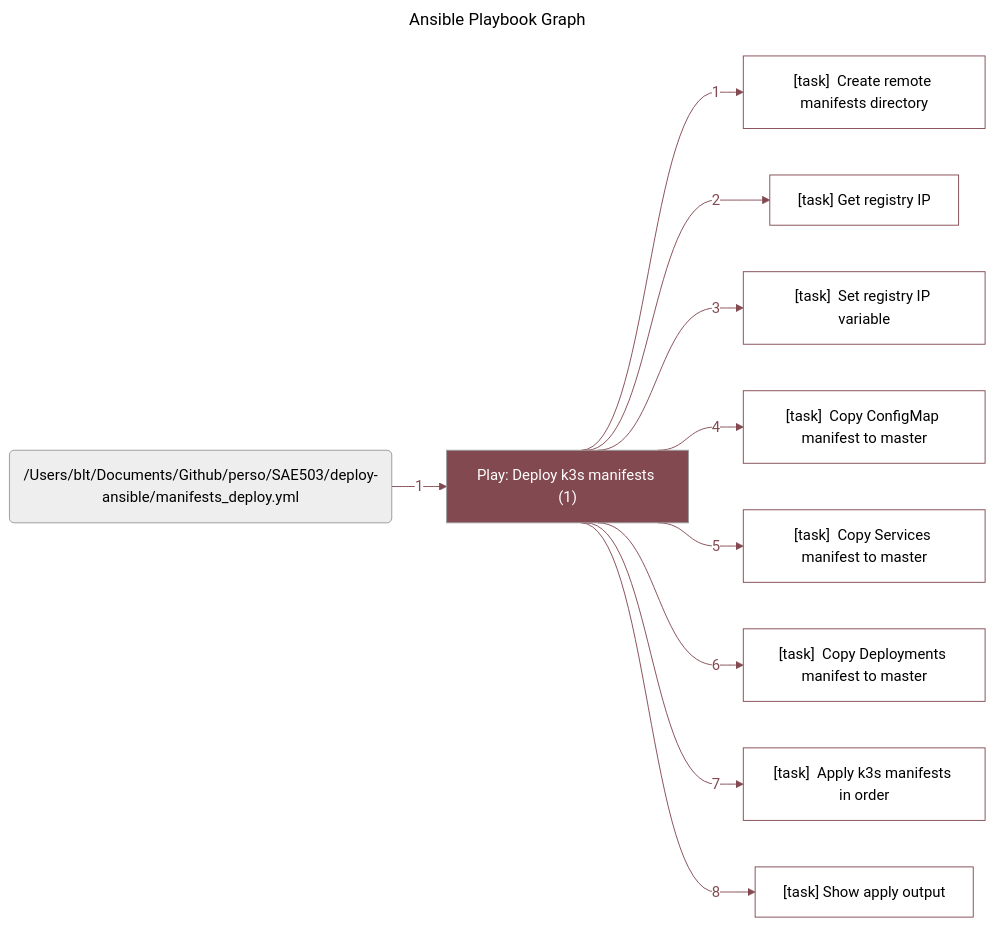
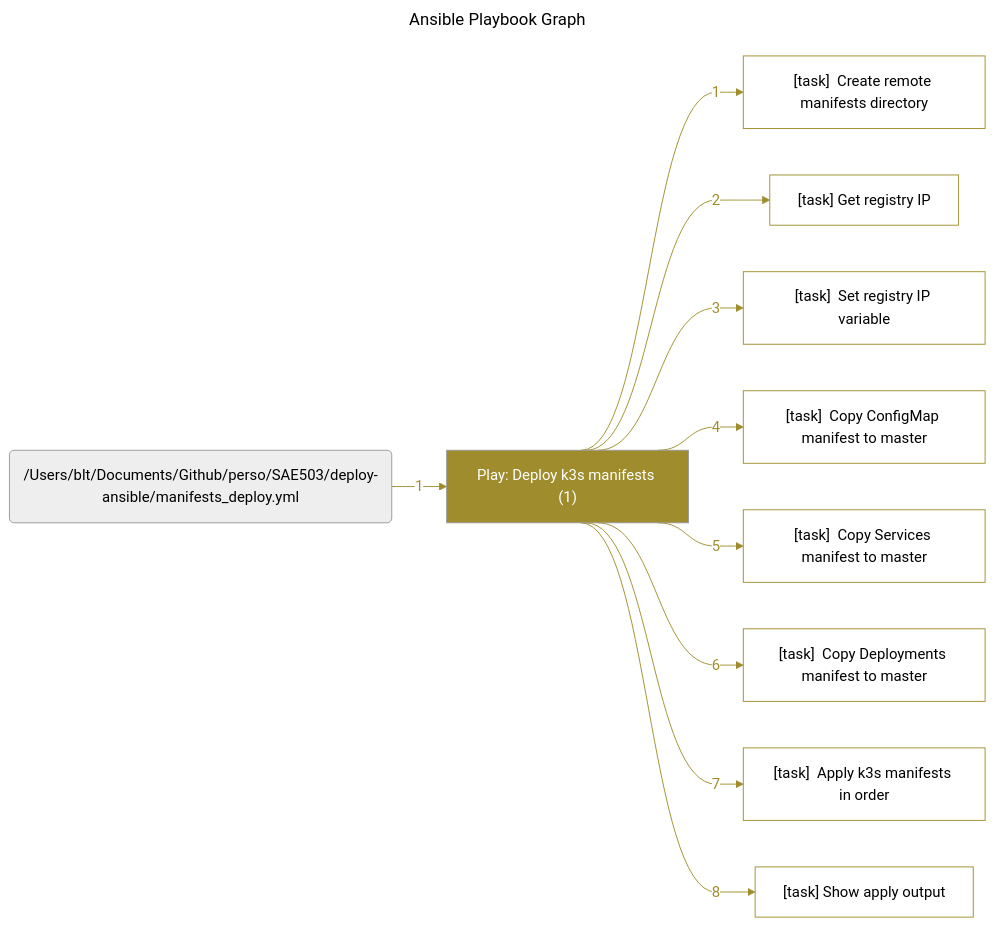
The diagram in graphs/manifests_deploy.md (basilelt/SAE503), drawn with Mermaid (neutral theme) before and after one commit. The commit also changed 6 other files, not shown here.

Commit message:
Refactor graph generation scripts to remove hardcoded paths and update playbook titles in markdown files

````diff
--- a/graphs/manifests_deploy.md
+++ b/graphs/manifests_deploy.md
@@ -1,49 +1,49 @@
 ```mermaid
 ---
 title: Ansible Playbook Graph
 ---
 %%{ init: { "flowchart": { "curve": "bumpX" } } }%%
 flowchart LR
 	%% Start of the playbook '/Users/blt/Documents/Github/perso/SAE503/deploy-ansible/manifests_deploy.yml'
-	playbook_350624af("/Users/blt/Documents/Github/perso/SAE503/deploy-ansible/manifests_deploy.yml")
+	playbook_e42e6076("/Users/blt/Documents/Github/perso/SAE503/deploy-ansible/manifests_deploy.yml")
 		%% Start of the play 'Play: Deploy k3s manifests (1)'
-		play_eb09909e["Play: Deploy k3s manifests (1)"]
-		style play_eb09909e fill:#834951,color:#ffffff
-		playbook_350624af --> |"1"| play_eb09909e
-		linkStyle 0 stroke:#834951,color:#834951
-			task_6a75d38c["[task]  Create remote manifests directory"]
-			style task_6a75d38c stroke:#834951,fill:#ffffff
-			play_eb09909e --> |"1"| task_6a75d38c
-			linkStyle 1 stroke:#834951,color:#834951
-			task_c435a81a["[task]  Get registry IP"]
-			style task_c435a81a stroke:#834951,fill:#ffffff
-			play_eb09909e --> |"2"| task_c435a81a
-			linkStyle 2 stroke:#834951,color:#834951
-			task_e89f409a["[task]  Set registry IP variable"]
-			style task_e89f409a stroke:#834951,fill:#ffffff
-			play_eb09909e --> |"3"| task_e89f409a
-			linkStyle 3 stroke:#834951,color:#834951
-			task_db7f1e21["[task]  Copy ConfigMap manifest to master"]
-			style task_db7f1e21 stroke:#834951,fill:#ffffff
-			play_eb09909e --> |"4"| task_db7f1e21
-			linkStyle 4 stroke:#834951,color:#834951
-			task_e84a9169["[task]  Copy Services manifest to master"]
-			style task_e84a9169 stroke:#834951,fill:#ffffff
-			play_eb09909e --> |"5"| task_e84a9169
-			linkStyle 5 stroke:#834951,color:#834951
-			task_22c02942["[task]  Copy Deployments manifest to master"]
-			style task_22c02942 stroke:#834951,fill:#ffffff
-			play_eb09909e --> |"6"| task_22c02942
-			linkStyle 6 stroke:#834951,color:#834951
-			task_10496376["[task]  Apply k3s manifests in order"]
-			style task_10496376 stroke:#834951,fill:#ffffff
-			play_eb09909e --> |"7"| task_10496376
-			linkStyle 7 stroke:#834951,color:#834951
-			task_7e9a9fa3["[task]  Show apply output"]
-			style task_7e9a9fa3 stroke:#834951,fill:#ffffff
-			play_eb09909e --> |"8"| task_7e9a9fa3
-			linkStyle 8 stroke:#834951,color:#834951
+		play_ac63fe5f["Play: Deploy k3s manifests (1)"]
+		style play_ac63fe5f fill:#9f8d2d,color:#ffffff
+		playbook_e42e6076 --> |"1"| play_ac63fe5f
+		linkStyle 0 stroke:#9f8d2d,color:#9f8d2d
+			task_d768a45f["[task]  Create remote manifests directory"]
+			style task_d768a45f stroke:#9f8d2d,fill:#ffffff
+			play_ac63fe5f --> |"1"| task_d768a45f
+			linkStyle 1 stroke:#9f8d2d,color:#9f8d2d
+			task_993b9c5a["[task]  Get registry IP"]
+			style task_993b9c5a stroke:#9f8d2d,fill:#ffffff
+			play_ac63fe5f --> |"2"| task_993b9c5a
+			linkStyle 2 stroke:#9f8d2d,color:#9f8d2d
+			task_930b3fbc["[task]  Set registry IP variable"]
+			style task_930b3fbc stroke:#9f8d2d,fill:#ffffff
+			play_ac63fe5f --> |"3"| task_930b3fbc
+			linkStyle 3 stroke:#9f8d2d,color:#9f8d2d
+			task_27571e9e["[task]  Copy ConfigMap manifest to master"]
+			style task_27571e9e stroke:#9f8d2d,fill:#ffffff
+			play_ac63fe5f --> |"4"| task_27571e9e
+			linkStyle 4 stroke:#9f8d2d,color:#9f8d2d
+			task_70d4366f["[task]  Copy Services manifest to master"]
+			style task_70d4366f stroke:#9f8d2d,fill:#ffffff
+			play_ac63fe5f --> |"5"| task_70d4366f
+			linkStyle 5 stroke:#9f8d2d,color:#9f8d2d
+			task_8ad47e26["[task]  Copy Deployments manifest to master"]
+			style task_8ad47e26 stroke:#9f8d2d,fill:#ffffff
+			play_ac63fe5f --> |"6"| task_8ad47e26
+			linkStyle 6 stroke:#9f8d2d,color:#9f8d2d
+			task_afc62228["[task]  Apply k3s manifests in order"]
+			style task_afc62228 stroke:#9f8d2d,fill:#ffffff
+			play_ac63fe5f --> |"7"| task_afc62228
+			linkStyle 7 stroke:#9f8d2d,color:#9f8d2d
+			task_32b6c833["[task]  Show apply output"]
+			style task_32b6c833 stroke:#9f8d2d,fill:#ffffff
+			play_ac63fe5f --> |"8"| task_32b6c833
+			linkStyle 8 stroke:#9f8d2d,color:#9f8d2d
 		%% End of the play 'Play: Deploy k3s manifests (1)'
 	%% End of the playbook '/Users/blt/Documents/Github/perso/SAE503/deploy-ansible/manifests_deploy.yml'
 
 ```
````
